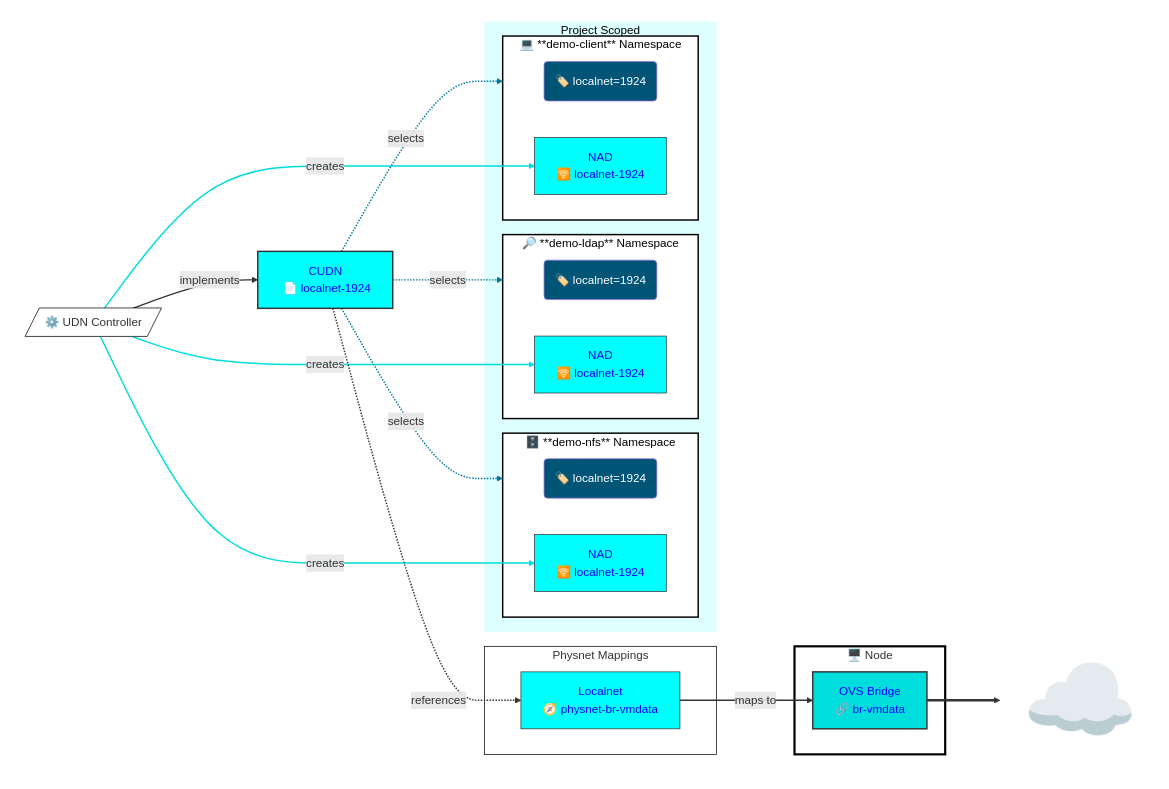
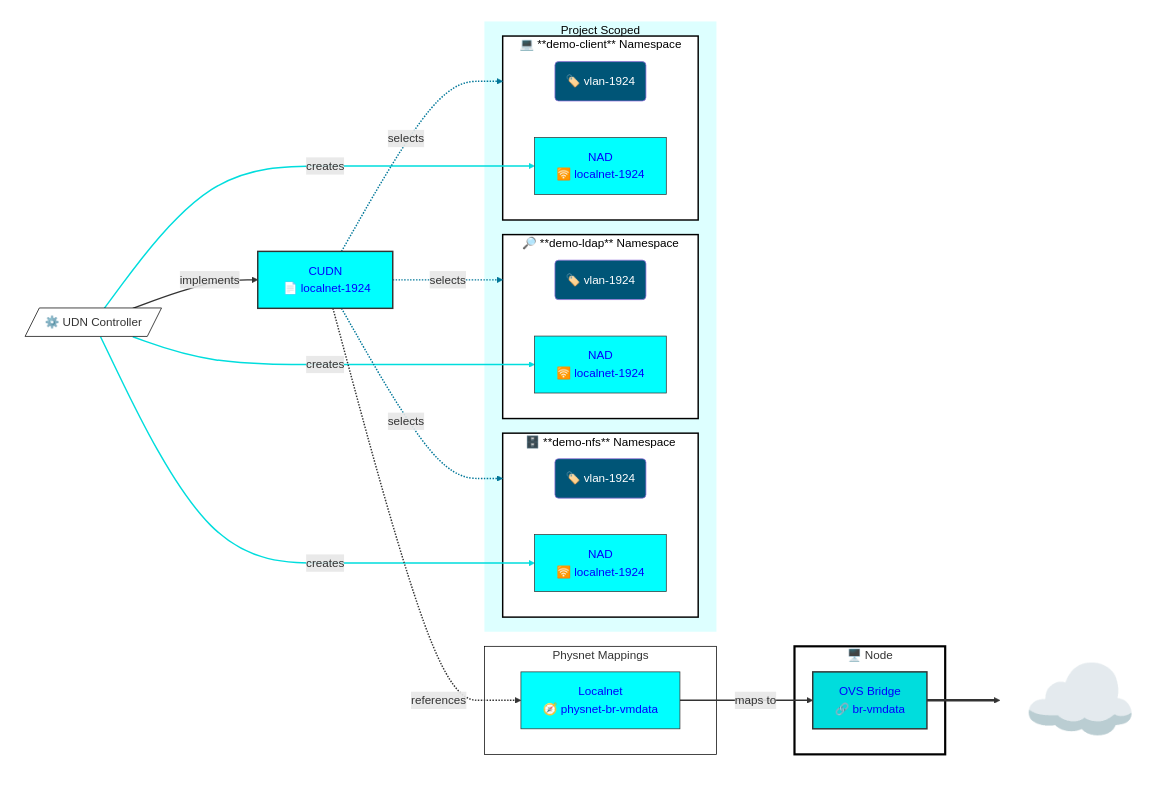
The third of 4 diagrams in networking/readme.md (dlbewley/demo-autofs), drawn with Mermaid before and after one commit. The commit also changed other lines of this file and 7 other files, not shown here.

Commit message:
Update localnet configurations to use selector 'vlan-1924' label instead of 'localnet: 1924' Introduced localnet-1926-dhcp component with appropriate configurations.

````diff
--- a/networking/readme.md
+++ b/networking/readme.md
@@ -139,75 +139,75 @@
 ```mermaid
 graph LR;
     subgraph Cluster[" "]
       udn-localnet-1924["CUDN<br>️ 📄 localnet-1924"]:::udn-localnet-1924
       udn-controller[/"⚙️ UDN Controller"/]
 
       subgraph Localnets["Physnet Mappings"]
         physnet[Localnet<br> 🧭 physnet-br-vmdata]:::nad-1924;
       end
 
       subgraph Project["Project Scoped"]
         subgraph ns-nfs["🗄️ **demo-nfs** Namespace"]
-          label-nfs("🏷️ localnet=1924"):::labels;
+          label-nfs("🏷️ vlan-1924"):::labels;
           nad-1924-nfs[NAD<br> 🛜 localnet-1924];
         end
 
         subgraph ns-ldap["🔎 **demo-ldap** Namespace"]
-          label-ldap("🏷️ localnet=1924"):::labels;
+          label-ldap("🏷️ vlan-1924"):::labels;
           nad-1924-ldap[NAD<br> 🛜 localnet-1924]:::nad-1924;
         end
 
         subgraph ns-client["💻 **demo-client** Namespace"]
-          label-client("🏷️ localnet=1924"):::labels;
+          label-client("🏷️ vlan-1924"):::labels;
           nad-1924-client[NAD<br> 🛜 localnet-1924]:::nad-1924;
         end
       end
       subgraph node1["🖥️ Node "]
         br-vmdata[ OVS Bridge<br> 🔗 br-vmdata]:::vlan-1924;
       end
     end
 
     udn-localnet-1924 -. selects .-> ns-client
     udn-localnet-1924 -. selects .-> ns-ldap
     udn-localnet-1924 -. selects .-> ns-nfs
 
     linkStyle 0,1,2 stroke:#007799,stroke-width:2px;
 
     udn-controller --creates--> nad-1924-nfs
     udn-controller --creates--> nad-1924-ldap
     udn-controller --creates--> nad-1924-client
 
     linkStyle 3,4,5 stroke:#00dddd,stroke-width:2px;
 
     udn-controller == implements ==> udn-localnet-1924
     udn-localnet-1924 -. references .-> physnet
     physnet -- maps to --> br-vmdata
 
     linkStyle 6,7,8 stroke-width:2px;
 
     Internet["☁️ "]:::Internet
     br-vmdata ==> Internet
 
     classDef node-eth fill:#00dddd,color:#00f,stroke:#333,stroke-width:2px;
 
     classDef vlan-1924 fill:#00dddd,color:#00f,stroke:#333,stroke-width:2px;
     classDef udn-localnet-1924 fill:#00ffff,color:#00f,stroke:#333,stroke-width:2px;
 
     classDef labels stroke-width:1px,color:#fff,fill:#005577;
     classDef networks fill:#cdd,stroke-width:0px;
 
     style udn-controller fill:#fff,stroke:#000,stroke-width:1px;
     style node1 fill:#fff,stroke:#000,stroke-width:3px;
     style Localnets fill:#fff,stroke:#000,stroke-width:1px;
     style Cluster color:#000,fill:#fff,stroke:#333,stroke-width:0px;
     style Project color:#000,fill:#dff,stroke:#333,stroke-width:0px
     style Internet fill:none,stroke-width:0px,font-size:+2em;
 
     classDef nodes stroke-width:3px;
     class node1,node2,node3 nodes;
     classDef namespace color:#000,fill:#fff,stroke:#000,stroke-width:2px;
     class ns-nfs,ns-client,ns-ldap namespace;
 
     classDef nad-1924 fill:#00ffff,color:#00f,stroke:#333,stroke-width:1px;
     class nad-1924-client,nad-1924-ldap,nad-1924-nfs nad-1924;
 ```
````
